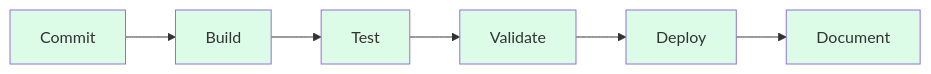
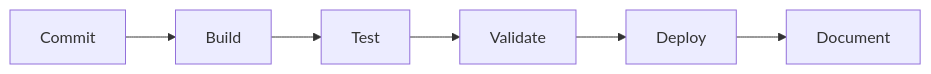
The sixth of 6 diagrams in docs/explanation/everything-as-code/paradigm.md (ready-to-release/eac), drawn with Mermaid before and after one commit. The commit also changed other lines of this file and 28 other files, not shown here.

````diff
--- a/docs/explanation/everything-as-code/paradigm.md
+++ b/docs/explanation/everything-as-code/paradigm.md
@@ -184,10 +166,4 @@
 ```mermaid
 flowchart LR
     A[Commit] --> B[Build] --> C[Test] --> D[Validate] --> E[Deploy] --> F[Document]
-    style A fill:#dcfce7
-    style B fill:#dcfce7
-    style C fill:#dcfce7
-    style D fill:#dcfce7
-    style E fill:#dcfce7
-    style F fill:#dcfce7
 ```
````
